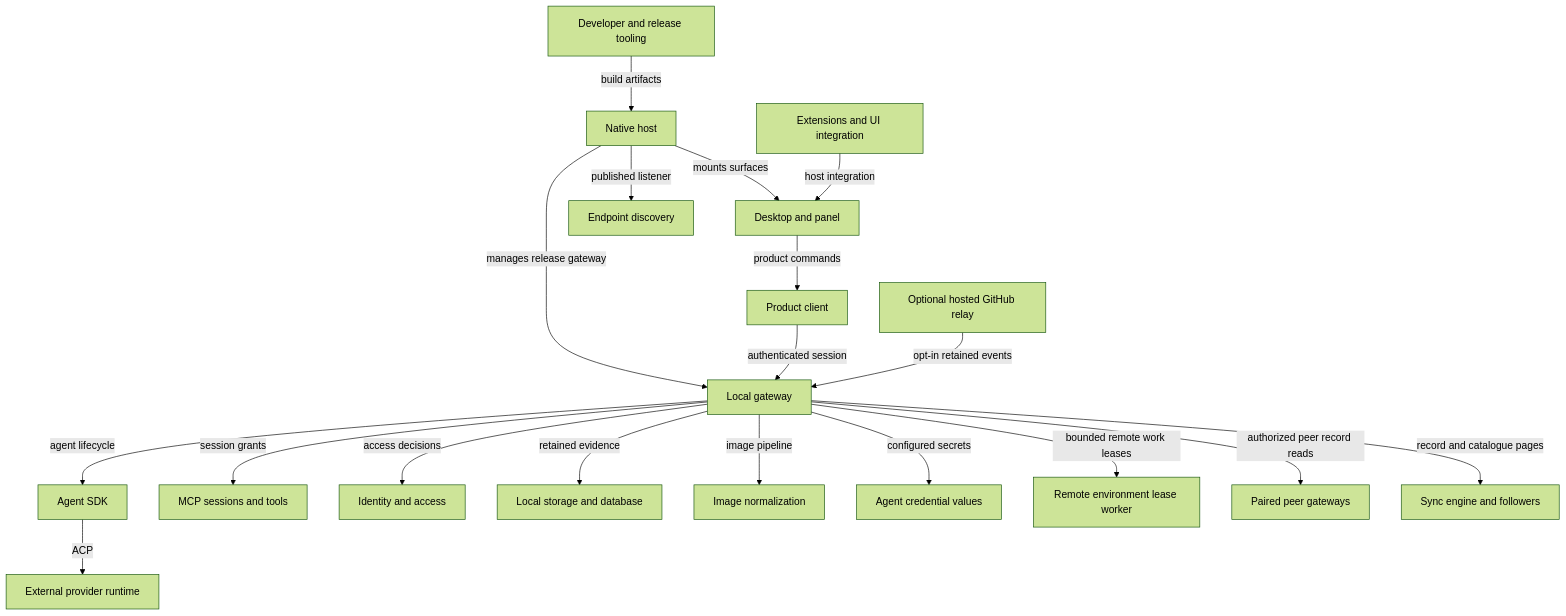
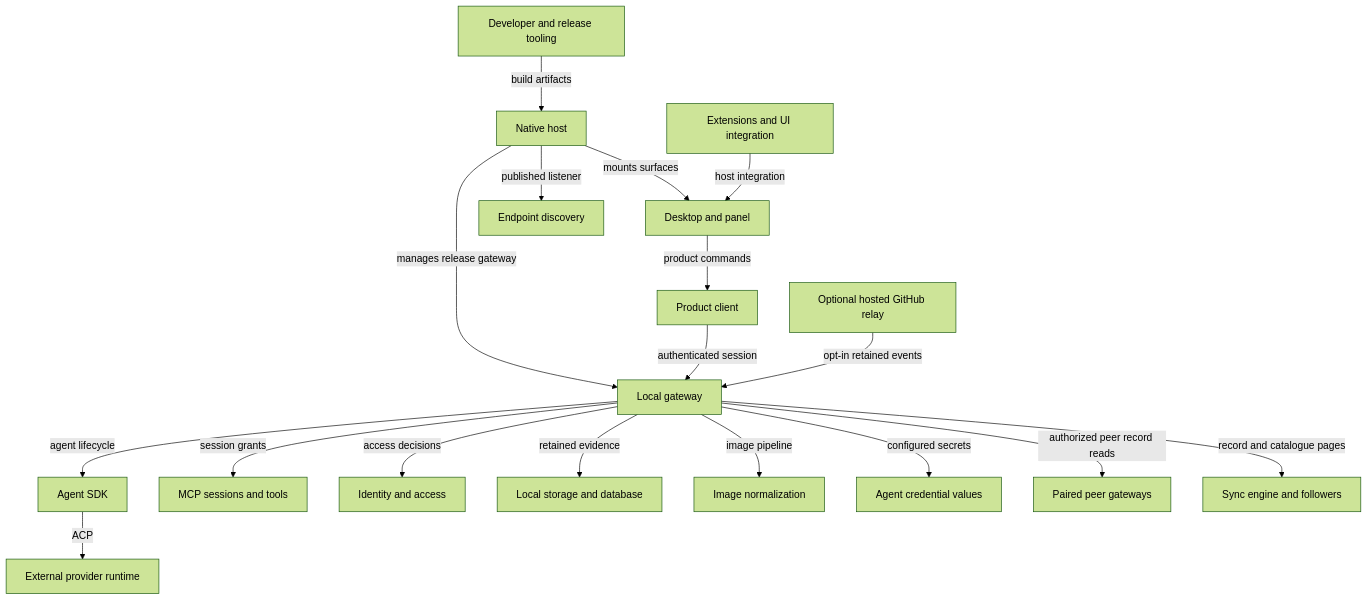
The first of 3 diagrams in docs/state/README.md (nessalabs/nessa-agent), drawn with Mermaid (forest theme) before and after one commit. The commit also changed other lines of this file and 491 other files, not shown here.

First line of the commit message:
Retire the remote-worker stack: every gateway runs only its own agents (#1421)

````diff
--- a/docs/state/README.md
+++ b/docs/state/README.md
@@ -47,39 +46,37 @@
 ```mermaid
 flowchart TB
     Host[Native host]
     Desktop[Desktop and panel]
     Client[Product client]
     Gateway[Local gateway]
     SDK[Agent SDK]
     Provider[External provider runtime]
     MCP[MCP sessions and tools]
     Auth[Identity and access]
     Storage[Local storage and database]
     Images[Image normalization]
     Endpoint[Endpoint discovery]
     Credentials[Agent credential values]
     Extensions[Extensions and UI integration]
     Tooling[Developer and release tooling]
     GitHubRelay[Optional hosted GitHub relay]
-    Environment[Remote environment lease worker]
     Peers[Paired peer gateways]
     Sync[Sync engine and followers]
     Host -->|mounts surfaces| Desktop
     Host -->|manages release gateway| Gateway
     Desktop -->|product commands| Client
     Client -->|authenticated session| Gateway
     Gateway -->|agent lifecycle| SDK
     SDK -->|ACP| Provider
     Gateway -->|access decisions| Auth
     Gateway -->|retained evidence| Storage
     Gateway -->|image pipeline| Images
     Gateway -->|session grants| MCP
     Host -->|published listener| Endpoint
     Gateway -->|configured secrets| Credentials
     Extensions -->|host integration| Desktop
     Tooling -->|build artifacts| Host
-    Gateway -->|bounded remote work leases| Environment
     Gateway -->|authorized peer record reads| Peers
     Gateway -->|record and catalogue pages| Sync
     GitHubRelay -->|opt-in retained events| Gateway
 ```
````
